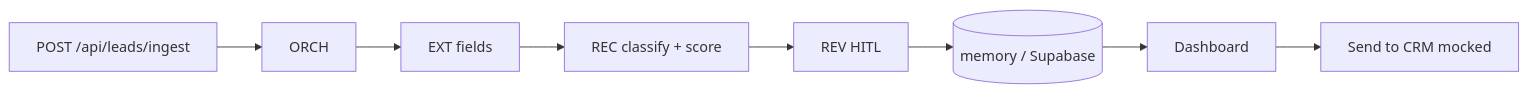
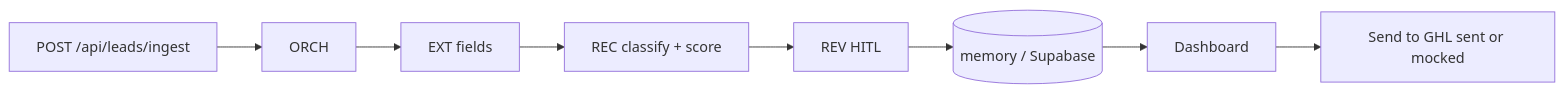
One commit to Davidhr3104/multi-agent-orchestrator changed the diagram in apps/lead-scoring/README.md. Above: the diagram before and after it, drawn with Mermaid. The commit also changed other lines of this file and 119 other files, not shown here.

````diff
--- a/apps/lead-scoring/README.md
+++ b/apps/lead-scoring/README.md
@@ -34,10 +36,10 @@
 ```mermaid
 flowchart LR
   JSON[POST /api/leads/ingest] --> ORCH[ORCH]
   ORCH --> EXT[EXT fields]
   EXT --> REC[REC classify + score]
   REC --> REV[REV HITL]
   REV --> STORE[(memory / Supabase)]
   STORE --> UI[Dashboard]
-  UI --> CRM[Send to CRM mocked]
+  UI --> CRM[Send to GHL sent or mocked]
 ```
````
